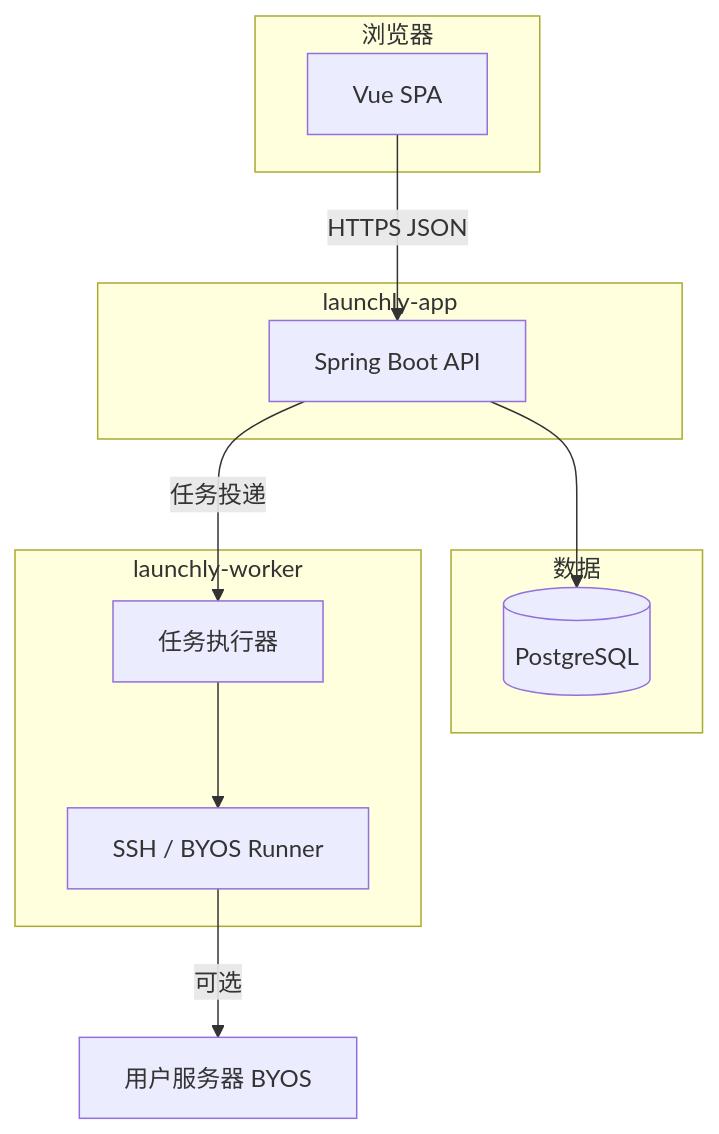
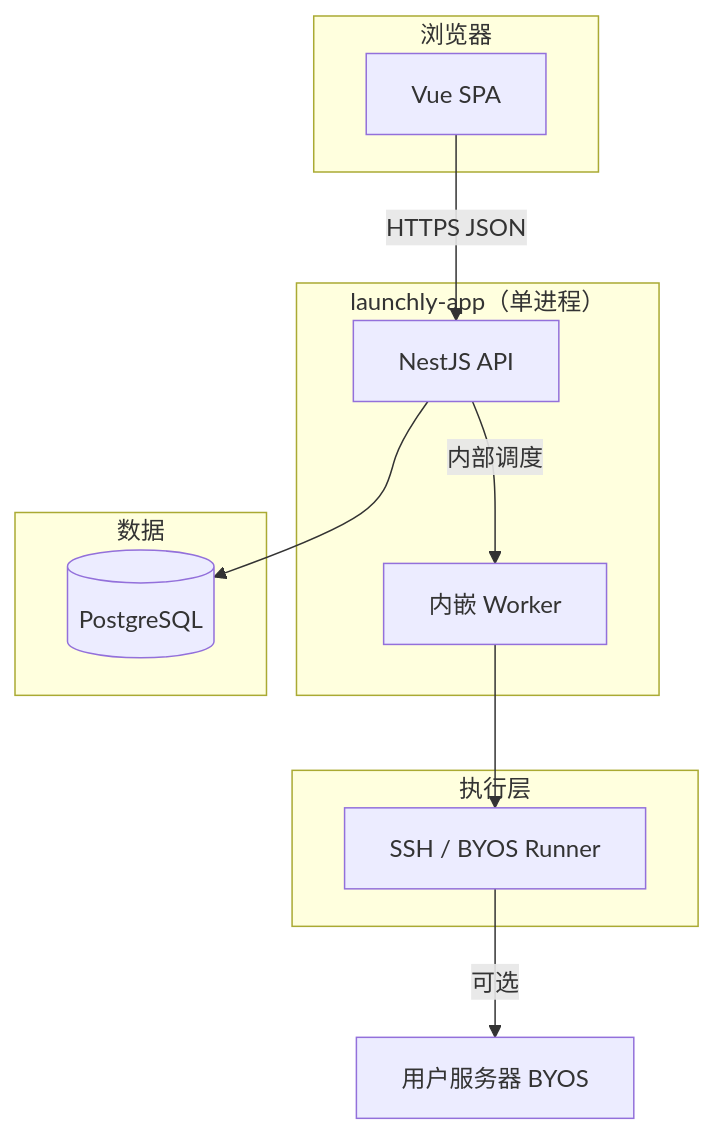
One commit to tppc-linksc/Launchly changed the first of 2 diagrams in docs/basic/技术架构规范.md. Above: the diagram before and after it, drawn with Mermaid. The commit also changed other lines of this file and 2 other files, not shown here.

First line of the commit message:
docs: sync README and architecture docs with NestJS/TypeScript stack

````diff
--- a/docs/basic/技术架构规范.md
+++ b/docs/basic/技术架构规范.md
@@ -42,21 +40,21 @@
 ```mermaid
 flowchart TB
   subgraph Client["浏览器"]
     WEB["Vue SPA"]
   end
-  subgraph App["launchly-app"]
-    API["Spring Boot API"]
+  subgraph App["launchly-app（单进程）"]
+    API["NestJS API"]
+    W["内嵌 Worker"]
   end
   subgraph Data["数据"]
     PG[(PostgreSQL)]
   end
-  subgraph Exec["launchly-worker"]
-    W["任务执行器"]
+  subgraph Exec["执行层"]
     SSH["SSH / BYOS Runner"]
   end
   WEB -->|HTTPS JSON| API
   API --> PG
-  API -->|任务投递| W
+  API -->|内部调度| W
   W --> SSH
   SSH -->|可选| BYOS["用户服务器 BYOS"]
 ```
````
